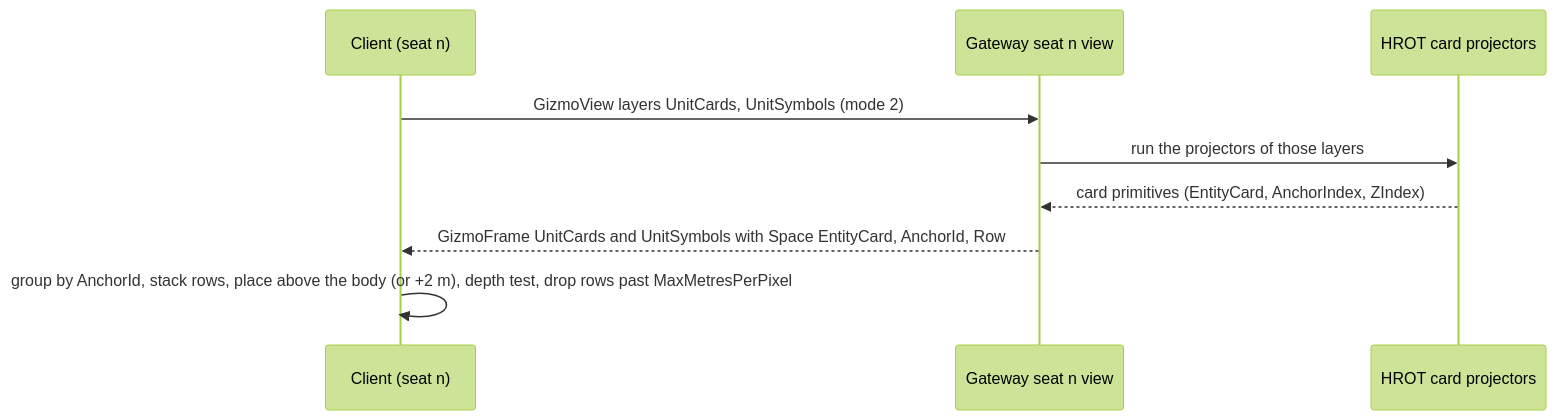
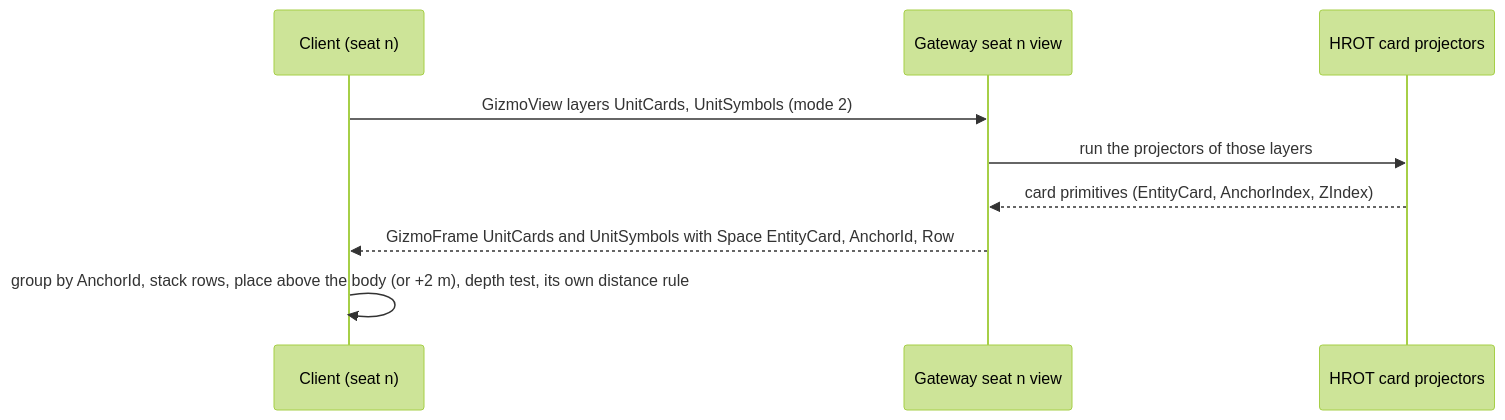
Before and after one commit to pjanec/SimNetGateway: the third of 3 diagrams in docs/design/DD-024-Dps-Entity-Cards.md, drawn with Mermaid (forest theme). The commit also changed other lines of this file and 2 other files, not shown here.

First line of the commit message:
T-052: DD-024 approved (R-144) except the cutoff - each client chooses its distances; rule A is the client's (an Air anchor's card is never cut)

````diff
--- a/docs/design/DD-024-Dps-Entity-Cards.md
+++ b/docs/design/DD-024-Dps-Entity-Cards.md
@@ -87,11 +86,11 @@
 ```mermaid
 sequenceDiagram
     participant U as Client (seat n)
     participant G as Gateway seat n view
     participant H as HROT card projectors
     U->>G: GizmoView layers UnitCards, UnitSymbols (mode 2)
     G->>H: run the projectors of those layers
     H-->>G: card primitives (EntityCard, AnchorIndex, ZIndex)
     G-->>U: GizmoFrame UnitCards and UnitSymbols with Space EntityCard, AnchorId, Row
-    U->>U: group by AnchorId, stack rows, place above the body (or +2 m), depth test, drop rows past MaxMetresPerPixel
+    U->>U: group by AnchorId, stack rows, place above the body (or +2 m), depth test, its own distance rule
 ```
````
